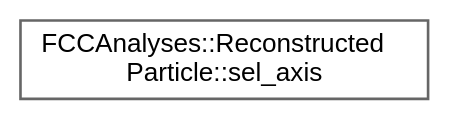
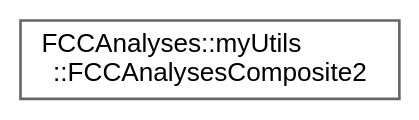
One commit to HEP-FCC/FCCAnalyses changed the diagram in doc/latest/inherit_graph_56.dot. Above: the diagram before and after it, drawn with Graphviz. The commit also changed 117 other files, not shown here.

```diff
--- a/doc/latest/inherit_graph_56.dot
+++ b/doc/latest/inherit_graph_56.dot
@@ -1,9 +1,9 @@
 digraph "Graphical Class Hierarchy"
 {
  // LATEX_PDF_SIZE
   bgcolor="transparent";
   edge [fontname=Helvetica,fontsize=10,labelfontname=Helvetica,labelfontsize=10];
   node [fontname=Helvetica,fontsize=10,shape=box,height=0.2,width=0.4];
   rankdir="LR";
-  Node0 [id="Node000000",label="FCCAnalyses::Reconstructed\lParticle::sel_axis",height=0.2,width=0.4,color="grey40", fillcolor="white", style="filled",URL="$structFCCAnalyses_1_1ReconstructedParticle_1_1sel__axis.html",tooltip="select a list of reconstructed particles depending on the angle cosTheta axis"];
+  Node0 [id="Node000000",label="FCCAnalyses::myUtils\l::FCCAnalysesComposite2",height=0.2,width=0.4,color="grey40", fillcolor="white", style="filled",URL="$structFCCAnalyses_1_1myUtils_1_1FCCAnalysesComposite2.html",tooltip=" "];
 }
```
